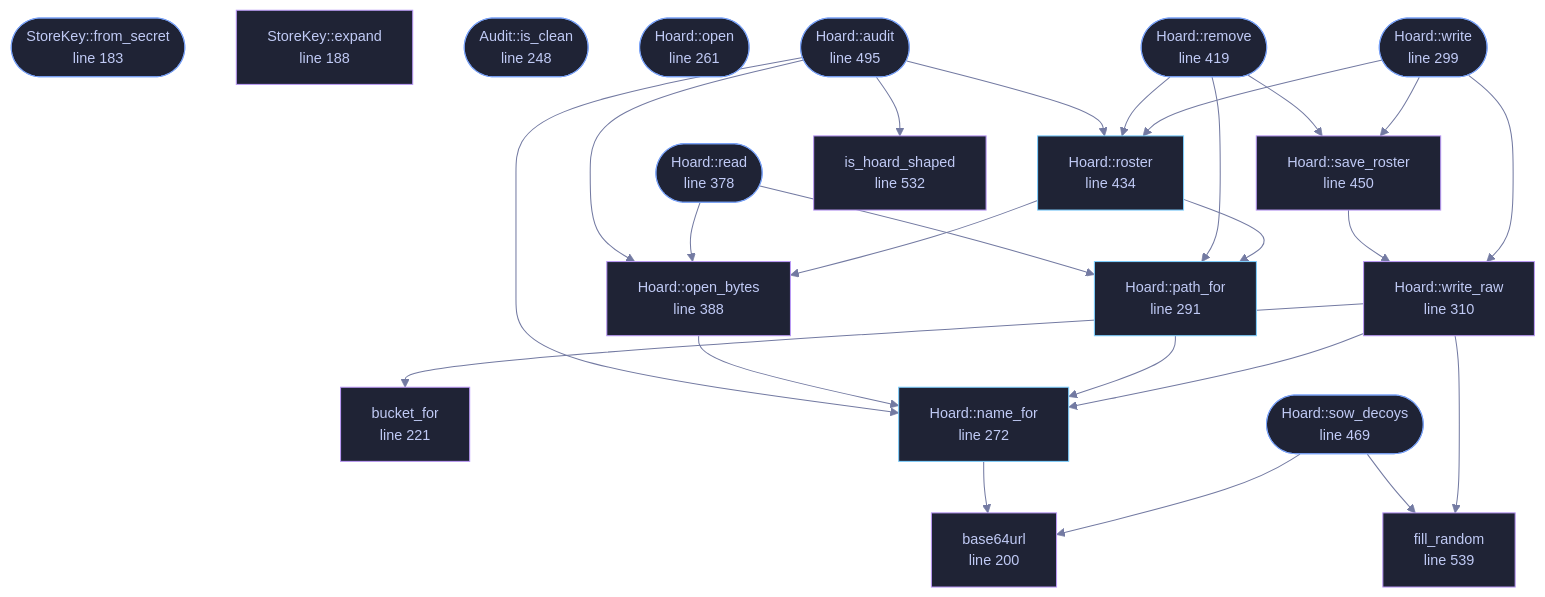
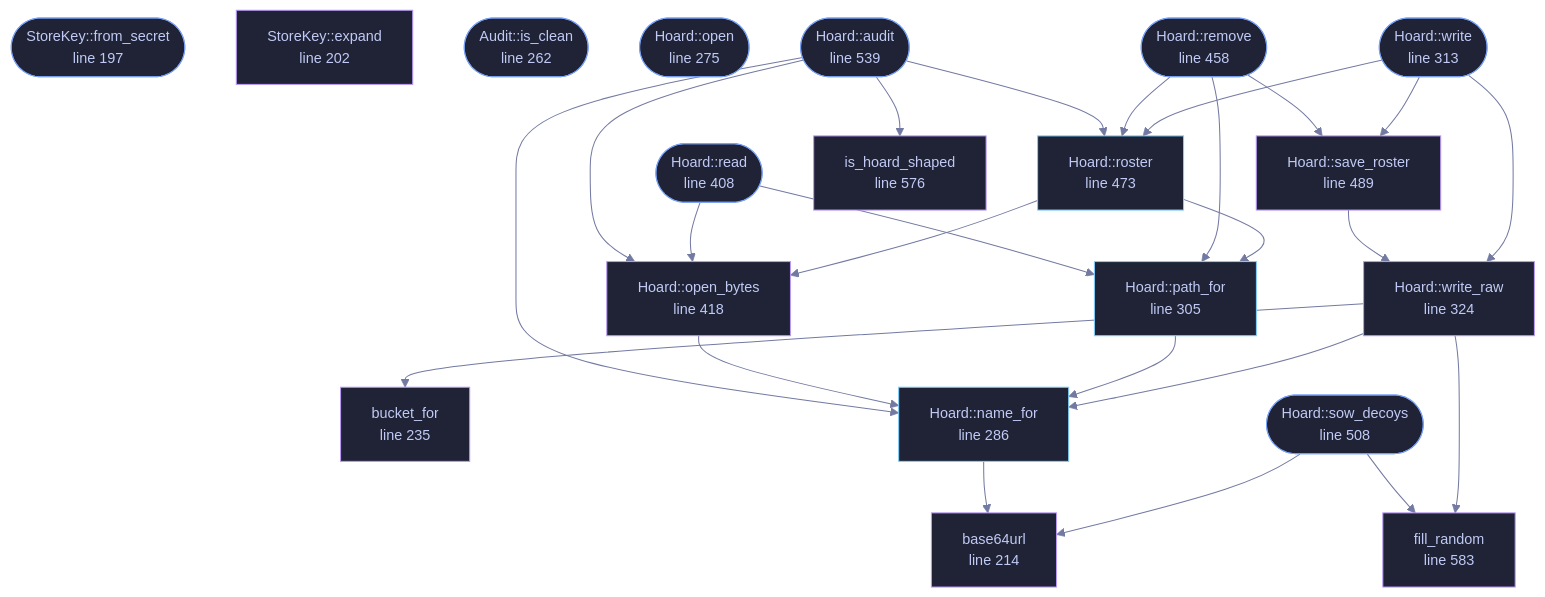
Before and after one commit to tilas01/veilvoice: the diagram in wiki/File-veilvoice-crypto-hoard.md, drawn with Mermaid. The commit also changed other lines of this file and 55 other files, not shown here.

First line of the commit message:
sign: a self-signed code certificate and app manifest, beside the OpenPGP key

````diff
--- a/wiki/File-veilvoice-crypto-hoard.md
+++ b/wiki/File-veilvoice-crypto-hoard.md
@@ -183,71 +183,71 @@
 ```mermaid
 %%{init: {"theme":"base","themeVariables":{"background":"#1a1b26","primaryColor":"#1f2335","primaryTextColor":"#c0caf5","primaryBorderColor":"#7aa2f7","secondaryColor":"#16161e","tertiaryColor":"#16161e","lineColor":"#737aa2","textColor":"#c0caf5","mainBkg":"#1f2335","nodeBorder":"#7aa2f7","clusterBkg":"#16161e","clusterBorder":"#2f3549","fontFamily":"ui-monospace, SFMono-Regular, Consolas, monospace","fontSize":"14px"}}}%%
 flowchart TD
-    n_from_secret(["StoreKey::from_secret<br/>line 183"])
-    n_expand["StoreKey::expand<br/>line 188"]
-    n_base64url["base64url<br/>line 200"]
-    n_bucket_for["bucket_for<br/>line 221"]
-    n_is_clean(["Audit::is_clean<br/>line 248"])
-    n_open(["Hoard::open<br/>line 261"])
-    n_name_for["Hoard::name_for<br/>line 272"]
-    n_path_for["Hoard::path_for<br/>line 291"]
-    n_write(["Hoard::write<br/>line 299"])
-    n_write_raw["Hoard::write_raw<br/>line 310"]
-    n_read(["Hoard::read<br/>line 378"])
-    n_open_bytes["Hoard::open_bytes<br/>line 388"]
-    n_remove(["Hoard::remove<br/>line 419"])
-    n_roster["Hoard::roster<br/>line 434"]
-    n_save_roster["Hoard::save_roster<br/>line 450"]
-    n_sow_decoys(["Hoard::sow_decoys<br/>line 469"])
-    n_audit(["Hoard::audit<br/>line 495"])
-    n_is_hoard_shaped["is_hoard_shaped<br/>line 532"]
-    n_fill_random["fill_random<br/>line 539"]
+    n_from_secret(["StoreKey::from_secret<br/>line 197"])
+    n_expand["StoreKey::expand<br/>line 202"]
+    n_base64url["base64url<br/>line 214"]
+    n_bucket_for["bucket_for<br/>line 235"]
+    n_is_clean(["Audit::is_clean<br/>line 262"])
+    n_open(["Hoard::open<br/>line 275"])
+    n_name_for["Hoard::name_for<br/>line 286"]
+    n_path_for["Hoard::path_for<br/>line 305"]
+    n_write(["Hoard::write<br/>line 313"])
+    n_write_raw["Hoard::write_raw<br/>line 324"]
+    n_read(["Hoard::read<br/>line 408"])
+    n_open_bytes["Hoard::open_bytes<br/>line 418"]
+    n_remove(["Hoard::remove<br/>line 458"])
+    n_roster["Hoard::roster<br/>line 473"]
+    n_save_roster["Hoard::save_roster<br/>line 489"]
+    n_sow_decoys(["Hoard::sow_decoys<br/>line 508"])
+    n_audit(["Hoard::audit<br/>line 539"])
+    n_is_hoard_shaped["is_hoard_shaped<br/>line 576"]
+    n_fill_random["fill_random<br/>line 583"]
     n_audit --> n_is_hoard_shaped
     n_audit --> n_name_for
     n_audit --> n_open_bytes
     n_audit --> n_roster
     n_name_for --> n_base64url
     n_open_bytes --> n_name_for
     n_path_for --> n_name_for
     n_read --> n_open_bytes
     n_read --> n_path_for
     n_remove --> n_path_for
     n_remove --> n_roster
     n_remove --> n_save_roster
     n_roster --> n_open_bytes
     n_roster --> n_path_for
     n_save_roster --> n_write_raw
     n_sow_decoys --> n_base64url
     n_sow_decoys --> n_fill_random
     n_write --> n_roster
     n_write --> n_save_roster
     n_write --> n_write_raw
     n_write_raw --> n_bucket_for
     n_write_raw --> n_fill_random
     n_write_raw --> n_name_for
-    click n_from_secret href "https://github.com/tilas01/veilvoice/blob/main/crates/veilvoice-crypto/src/hoard.rs#L183" "open the source"
-    click n_expand href "https://github.com/tilas01/veilvoice/blob/main/crates/veilvoice-crypto/src/hoard.rs#L188" "open the source"
-    click n_base64url href "https://github.com/tilas01/veilvoice/blob/main/crates/veilvoice-crypto/src/hoard.rs#L200" "open the source"
-    click n_bucket_for href "https://github.com/tilas01/veilvoice/blob/main/crates/veilvoice-crypto/src/hoard.rs#L221" "open the source"
-    click n_is_clean href "https://github.com/tilas01/veilvoice/blob/main/crates/veilvoice-crypto/src/hoard.rs#L248" "open the source"
-    click n_open href "https://github.com/tilas01/veilvoice/blob/main/crates/veilvoice-crypto/src/hoard.rs#L261" "open the source"
-    click n_name_for href "https://github.com/tilas01/veilvoice/blob/main/crates/veilvoice-crypto/src/hoard.rs#L272" "open the source"
-    click n_path_for href "https://github.com/tilas01/veilvoice/blob/main/crates/veilvoice-crypto/src/hoard.rs#L291" "open the source"
-    click n_write href "https://github.com/tilas01/veilvoice/blob/main/crates/veilvoice-crypto/src/hoard.rs#L299" "open the source"
-    click n_write_raw href "https://github.com/tilas01/veilvoice/blob/main/crates/veilvoice-crypto/src/hoard.rs#L310" "open the source"
-    click n_read href "https://github.com/tilas01/veilvoice/blob/main/crates/veilvoice-crypto/src/hoard.rs#L378" "open the source"
-    click n_open_bytes href "https://github.com/tilas01/veilvoice/blob/main/crates/veilvoice-crypto/src/hoard.rs#L388" "open the source"
-    click n_remove href "https://github.com/tilas01/veilvoice/blob/main/crates/veilvoice-crypto/src/hoard.rs#L419" "open the source"
-    click n_roster href "https://github.com/tilas01/veilvoice/blob/main/crates/veilvoice-crypto/src/hoard.rs#L434" "open the source"
-    click n_save_roster href "https://github.com/tilas01/veilvoice/blob/main/crates/veilvoice-crypto/src/hoard.rs#L450" "open the source"
-    click n_sow_decoys href "https://github.com/tilas01/veilvoice/blob/main/crates/veilvoice-crypto/src/hoard.rs#L469" "open the source"
-    click n_audit href "https://github.com/tilas01/veilvoice/blob/main/crates/veilvoice-crypto/src/hoard.rs#L495" "open the source"
-    click n_is_hoard_shaped href "https://github.com/tilas01/veilvoice/blob/main/crates/veilvoice-crypto/src/hoard.rs#L532" "open the source"
-    click n_fill_random href "https://github.com/tilas01/veilvoice/blob/main/crates/veilvoice-crypto/src/hoard.rs#L539" "open the source"
+    click n_from_secret href "https://github.com/tilas01/veilvoice/blob/main/crates/veilvoice-crypto/src/hoard.rs#L197" "open the source"
+    click n_expand href "https://github.com/tilas01/veilvoice/blob/main/crates/veilvoice-crypto/src/hoard.rs#L202" "open the source"
+    click n_base64url href "https://github.com/tilas01/veilvoice/blob/main/crates/veilvoice-crypto/src/hoard.rs#L214" "open the source"
+    click n_bucket_for href "https://github.com/tilas01/veilvoice/blob/main/crates/veilvoice-crypto/src/hoard.rs#L235" "open the source"
+    click n_is_clean href "https://github.com/tilas01/veilvoice/blob/main/crates/veilvoice-crypto/src/hoard.rs#L262" "open the source"
+    click n_open href "https://github.com/tilas01/veilvoice/blob/main/crates/veilvoice-crypto/src/hoard.rs#L275" "open the source"
+    click n_name_for href "https://github.com/tilas01/veilvoice/blob/main/crates/veilvoice-crypto/src/hoard.rs#L286" "open the source"
+    click n_path_for href "https://github.com/tilas01/veilvoice/blob/main/crates/veilvoice-crypto/src/hoard.rs#L305" "open the source"
+    click n_write href "https://github.com/tilas01/veilvoice/blob/main/crates/veilvoice-crypto/src/hoard.rs#L313" "open the source"
+    click n_write_raw href "https://github.com/tilas01/veilvoice/blob/main/crates/veilvoice-crypto/src/hoard.rs#L324" "open the source"
+    click n_read href "https://github.com/tilas01/veilvoice/blob/main/crates/veilvoice-crypto/src/hoard.rs#L408" "open the source"
+    click n_open_bytes href "https://github.com/tilas01/veilvoice/blob/main/crates/veilvoice-crypto/src/hoard.rs#L418" "open the source"
+    click n_remove href "https://github.com/tilas01/veilvoice/blob/main/crates/veilvoice-crypto/src/hoard.rs#L458" "open the source"
+    click n_roster href "https://github.com/tilas01/veilvoice/blob/main/crates/veilvoice-crypto/src/hoard.rs#L473" "open the source"
+    click n_save_roster href "https://github.com/tilas01/veilvoice/blob/main/crates/veilvoice-crypto/src/hoard.rs#L489" "open the source"
+    click n_sow_decoys href "https://github.com/tilas01/veilvoice/blob/main/crates/veilvoice-crypto/src/hoard.rs#L508" "open the source"
+    click n_audit href "https://github.com/tilas01/veilvoice/blob/main/crates/veilvoice-crypto/src/hoard.rs#L539" "open the source"
+    click n_is_hoard_shaped href "https://github.com/tilas01/veilvoice/blob/main/crates/veilvoice-crypto/src/hoard.rs#L576" "open the source"
+    click n_fill_random href "https://github.com/tilas01/veilvoice/blob/main/crates/veilvoice-crypto/src/hoard.rs#L583" "open the source"
     classDef entry fill:#1f2335,stroke:#7aa2f7,color:#c0caf5
     class n_from_secret,n_is_clean,n_open,n_write,n_read,n_remove,n_sow_decoys,n_audit entry
     classDef api fill:#1f2335,stroke:#7dcfff,color:#c0caf5
     class n_name_for,n_path_for,n_roster api
     classDef helper fill:#1f2335,stroke:#bb9af7,color:#c0caf5
     class n_expand,n_base64url,n_bucket_for,n_write_raw,n_open_bytes,n_save_roster,n_is_hoard_shaped,n_fill_random helper
 ```
````
